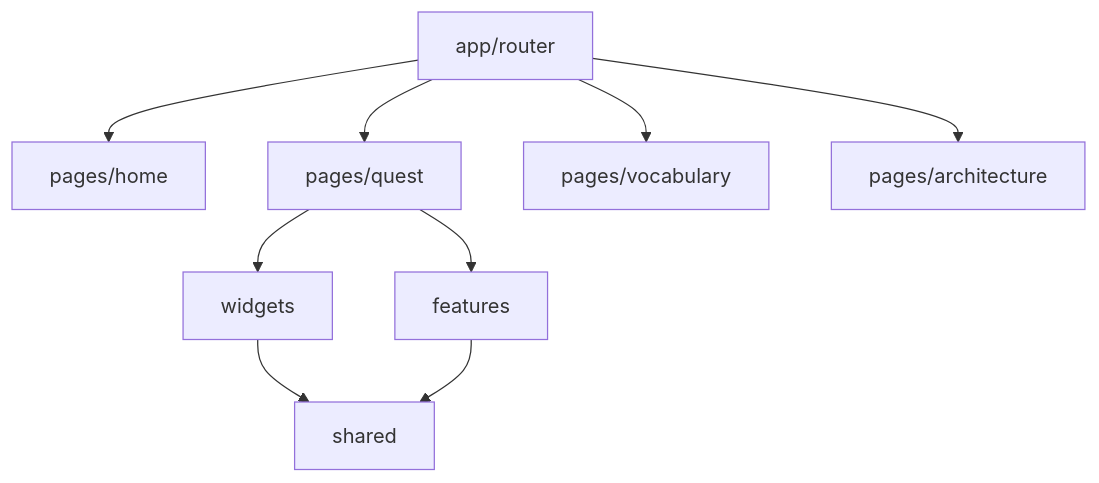
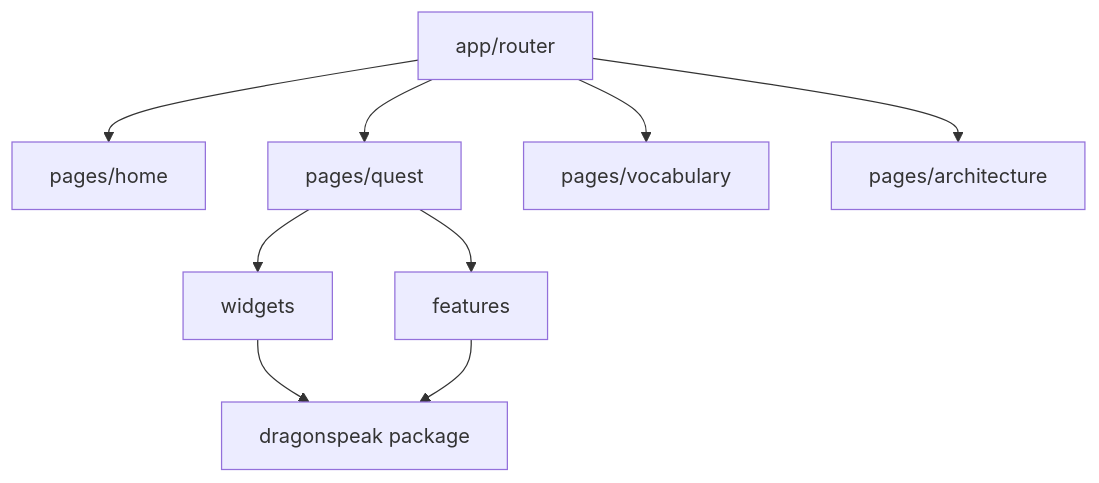
Before and after one commit to annaserba/DragonSpeak-demo: the second of 2 diagrams in docs/architecture/ARCHITECTURE.en.md, drawn with Mermaid. The commit also changed other lines of this file and 4 other files, not shown here.

Commit message:
Update architecture docs for shared package

````diff
--- a/docs/architecture/ARCHITECTURE.en.md
+++ b/docs/architecture/ARCHITECTURE.en.md
@@ -128,20 +159,20 @@
 ```mermaid
 flowchart TD
   App["app/router"]
   Home["pages/home"]
   Quest["pages/quest"]
   Vocabulary["pages/vocabulary"]
   Architecture["pages/architecture"]
   Widgets["widgets"]
   Features["features"]
-  Shared["shared"]
+  Package["dragonspeak package"]
 
   App --> Home
   App --> Quest
   App --> Vocabulary
   App --> Architecture
   Quest --> Widgets
   Quest --> Features
-  Widgets --> Shared
-  Features --> Shared
+  Widgets --> Package
+  Features --> Package
 ```
````
